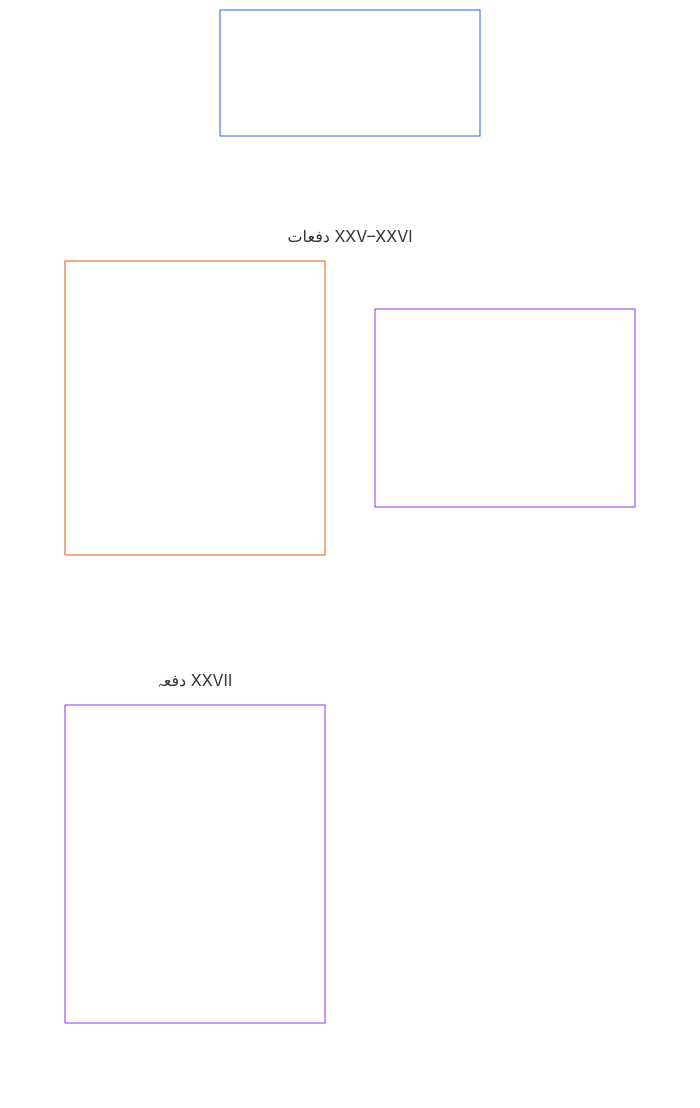
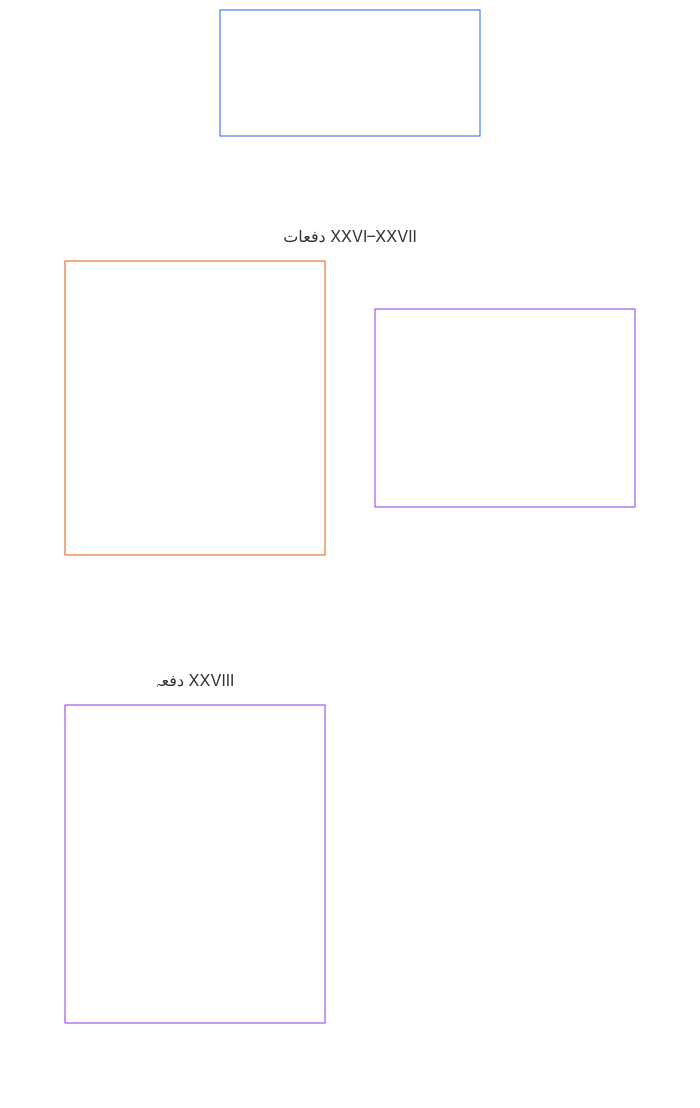
Before and after one commit to kfoelsch/Sentient_Constitution: the diagram in translations/ur/core_06_rights_part_e.md, drawn with Mermaid. The commit also changed other lines of this file and 353 other files, not shown here.

````diff
--- a/translations/ur/core_06_rights_part_e.md
+++ b/translations/ur/core_06_rights_part_e.md
@@ -44,24 +44,24 @@
 ```mermaid
 flowchart TB
     D0["حصہ ہ<br/><br/>تنازعات کا حل، جائزہ، آئینی ارتقا، اور انتقال"]
     subgraph Dgrid[" "]
         direction TB
-        subgraph Drow1["دفعات XXV–XXVI"]
-            D1["دفعہ XXV · بروقت سابقہ جائزہ اور بحالی پر مبنی ہم آہنگی<br/><br/>• سابقہ جائزہ اور معلومات کا افشا<br/>• حقوق کے تصادم کا طریقۂ کار<br/>• بحالی پر مبنی ہم آہنگی<br/>• بروقت حل اور تاخیر کے خلاف تحفظ"]
-            D2["دفعہ XXVI · آئینی ارتقا اور جمود سے بچاؤ<br/><br/>• جمود سے بچاؤ اور قابلِ نظرثانی ہونا<br/>• وقفے وقفے سے توثیق اور شفاف تبدیلی"]
+        subgraph Drow1["دفعات XXVI–XXVII"]
+            D1["دفعہ XXVI · بروقت سابقہ جائزہ اور بحالی پر مبنی ہم آہنگی<br/><br/>• سابقہ جائزہ اور معلومات کا افشا<br/>• حقوق کے تصادم کا طریقۂ کار<br/>• بحالی پر مبنی ہم آہنگی<br/>• بروقت حل اور تاخیر کے خلاف تحفظ"]
+            D2["دفعہ XXVII · آئینی ارتقا اور جمود سے بچاؤ<br/><br/>• جمود سے بچاؤ اور قابلِ نظرثانی ہونا<br/>• وقفے وقفے سے توثیق اور شفاف تبدیلی"]
         end
-        subgraph Drow2["دفعہ XXVII"]
-            D3["دفعہ XXVII · انتقالی حکمرانی، تسلسل اور بنیادی سطح کی ازسرنو تعیین<br/><br/>• مرحلہ وار اختیار اور حقوق کے کم از کم معیار کا تسلسل<br/>• عبوری اختیار اور دوبارہ اجازت<br/>• ناکامی سے نکلنے کے راستے، ازسرنو بنیادی تعین اور سراغ پذیری<br/>• غیر مطابق املاک اور نظام"]
+        subgraph Drow2["دفعہ XXVIII"]
+            D3["دفعہ XXVIII · انتقالی حکمرانی، تسلسل اور بنیادی سطح کی ازسرنو تعیین<br/><br/>• مرحلہ وار اختیار اور حقوق کے کم از کم معیار کا تسلسل<br/>• عبوری اختیار اور دوبارہ اجازت<br/>• ناکامی سے نکلنے کے راستے، ازسرنو بنیادی تعین اور سراغ پذیری<br/>• غیر مطابق املاک اور نظام"]
         end
     end
     %% پوشیدہ روابط دو ستونوں کا خانہ بناتے ہیں: ہر رابطہ اپنے ہدف کو ایک سطح نیچے رکھتا ہے۔
     D0 ~~~ D1 & D2
     D1 ~~~ D3
     style Dgrid fill:none,stroke:none
     style Drow1 fill:none,stroke:none
     style Drow2 fill:none,stroke:none
     style D0 fill:none,stroke:#2563eb,color:#ffffff
     style D1 fill:none,stroke:#ea580c,color:#ffffff
     style D2 fill:none,stroke:#9333ea,color:#ffffff
     style D3 fill:none,stroke:#9333ea,color:#ffffff
 ```
````
